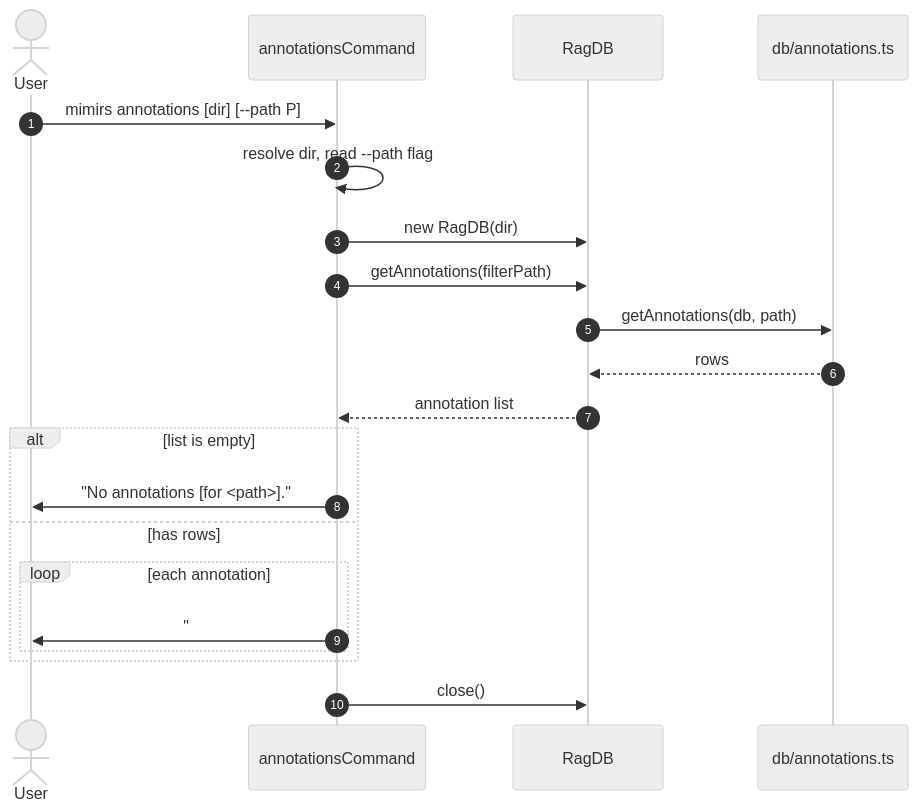
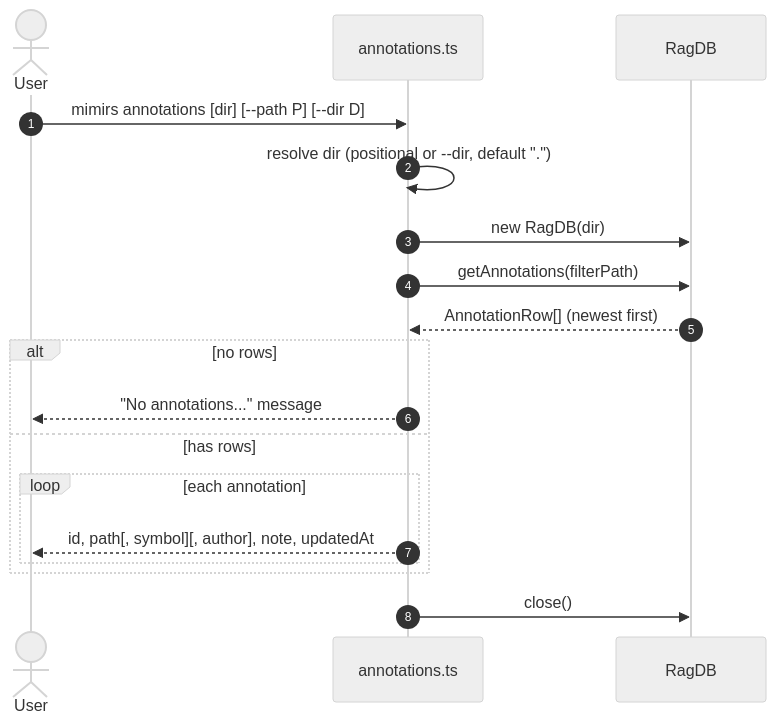
The diagram in wiki/cli/annotations.md (TheWinci/mimirs), drawn with Mermaid (neutral theme) before and after one commit. The commit also changed other lines of this file and 52 other files, not shown here.

````diff
--- a/wiki/cli/annotations.md
+++ b/wiki/cli/annotations.md
@@ -15,23 +27,20 @@
 ```mermaid
 sequenceDiagram
     autonumber
     actor User
-    participant CLI as annotationsCommand
+    participant CLI as annotations.ts
     participant DB as RagDB
-    participant Ann as db/annotations.ts
-    User->>CLI: mimirs annotations [dir] [--path P]
-    CLI->>CLI: resolve dir, read --path flag
+    User->>CLI: mimirs annotations [dir] [--path P] [--dir D]
+    CLI->>CLI: resolve dir (positional or --dir, default ".")
     CLI->>DB: new RagDB(dir)
     CLI->>DB: getAnnotations(filterPath)
-    DB->>Ann: getAnnotations(db, path)
-    Ann-->>DB: rows
-    DB-->>CLI: annotation list
-    alt list is empty
-        CLI->>User: "No annotations [for <path>]."
+    DB-->>CLI: AnnotationRow[] (newest first)
+    alt no rows
+        CLI-->>User: "No annotations..." message
     else has rows
         loop each annotation
-            CLI->>User: "#id path[ • symbol][ author]\n  note\n  (updatedAt)"
+            CLI-->>User: id, path[, symbol][, author], note, updatedAt
         end
     end
     CLI->>DB: close()
 ```
````
